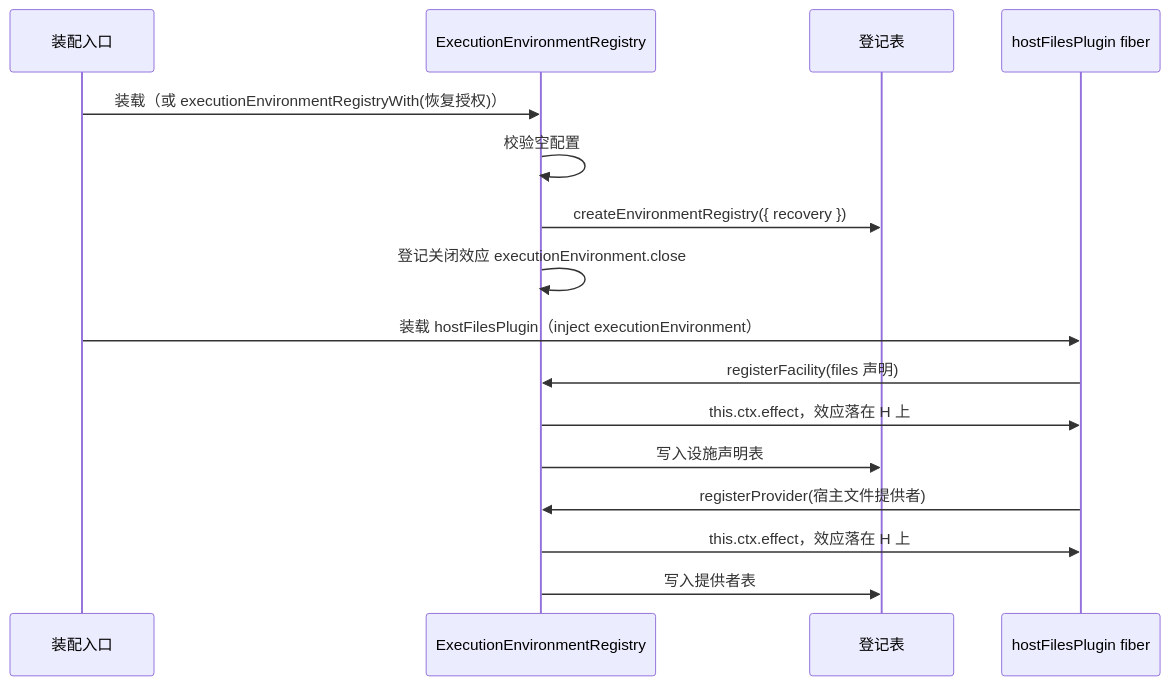
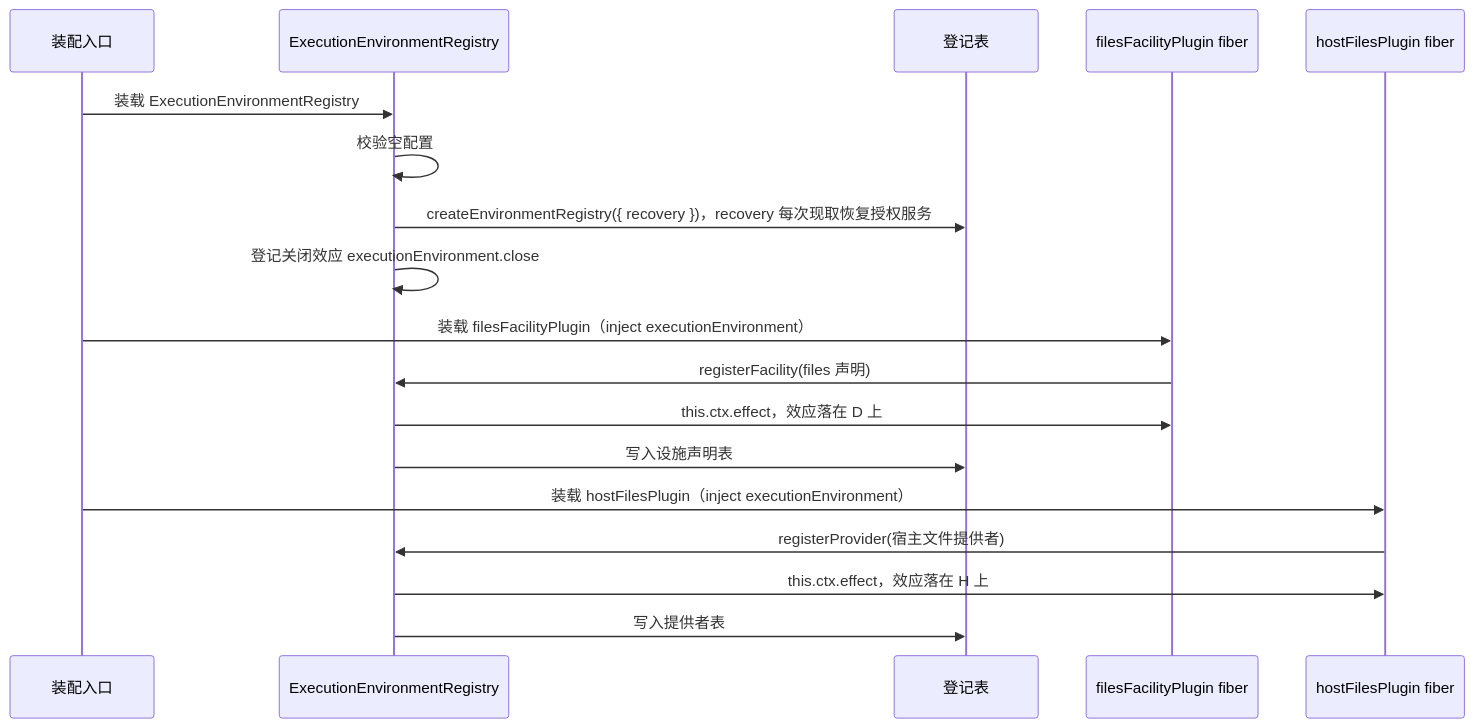
Before and after one commit to nemori-ai/omne-harness-lite: the first of 3 diagrams in packages/execution/execution-environment-host-local/docs/flows.md, drawn with Mermaid. The commit also changed other lines of this file and 63 other files, not shown here.

````diff
--- a/packages/execution/execution-environment-host-local/docs/flows.md
+++ b/packages/execution/execution-environment-host-local/docs/flows.md
@@ -13,18 +13,20 @@
 ```mermaid
 sequenceDiagram
   participant A as 装配入口
   participant S as ExecutionEnvironmentRegistry
   participant R as 登记表
+  participant D as filesFacilityPlugin fiber
   participant H as hostFilesPlugin fiber
-  A->>S: 装载（或 executionEnvironmentRegistryWith(恢复授权)）
+  A->>S: 装载 ExecutionEnvironmentRegistry
   S->>S: 校验空配置
-  S->>R: createEnvironmentRegistry({ recovery })
+  S->>R: createEnvironmentRegistry({ recovery })，recovery 每次现取恢复授权服务
   S->>S: 登记关闭效应 executionEnvironment.close
+  A->>D: 装载 filesFacilityPlugin（inject executionEnvironment）
+  D->>S: registerFacility(files 声明)
+  S->>D: this.ctx.effect，效应落在 D 上
+  S->>R: 写入设施声明表
   A->>H: 装载 hostFilesPlugin（inject executionEnvironment）
-  H->>S: registerFacility(files 声明)
-  S->>H: this.ctx.effect，效应落在 H 上
-  S->>R: 写入设施声明表
   H->>S: registerProvider(宿主文件提供者)
   S->>H: this.ctx.effect，效应落在 H 上
   S->>R: 写入提供者表
 ```
````
